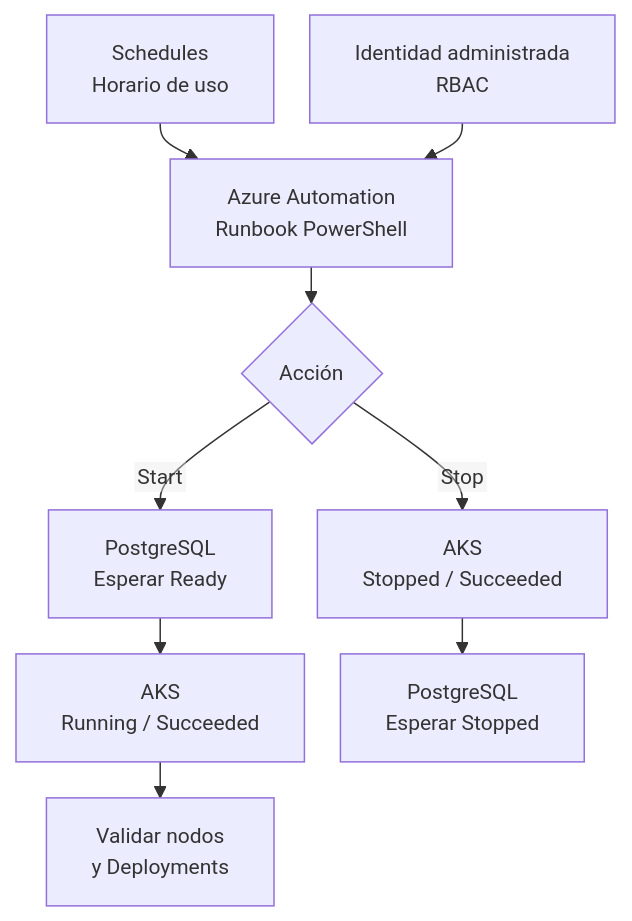
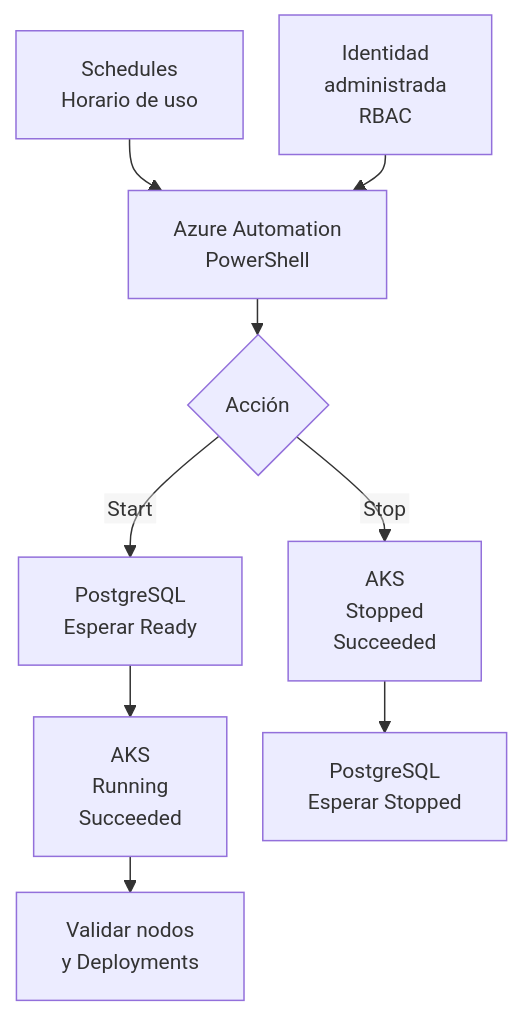
The diagram in README.md (Jose-DC/automatizacion-costos-azure), drawn with Mermaid before and after one commit.

Commit message:
Ajusta saltos de línea al ancho de los nodos en GitHub

````diff
--- a/README.md
+++ b/README.md
@@ -13,12 +13,12 @@
 ```mermaid
 %%{init: {"flowchart": {"htmlLabels": false, "nodeSpacing": 24, "rankSpacing": 24}, "themeVariables": {"fontSize": "14px"}}}%%
 flowchart TD
-    S["Schedules<br/>Horario de uso"] --> A["Azure Automation<br/>Runbook PowerShell"]
-    I["Identidad administrada<br/>RBAC"] --> A
+    S["Schedules<br/>Horario de uso"] --> A["Azure Automation<br/>PowerShell"]
+    I["Identidad<br/>administrada<br/>RBAC"] --> A
     A --> D{Acción}
     D -->|Start| P["PostgreSQL<br/>Esperar Ready"]
-    P --> K["AKS<br/>Running / Succeeded"]
+    P --> K["AKS<br/>Running<br/>Succeeded"]
     K --> V["Validar nodos<br/>y Deployments"]
-    D -->|Stop| KS["AKS<br/>Stopped / Succeeded"]
+    D -->|Stop| KS["AKS<br/>Stopped<br/>Succeeded"]
     KS --> PS["PostgreSQL<br/>Esperar Stopped"]
 ```
````
